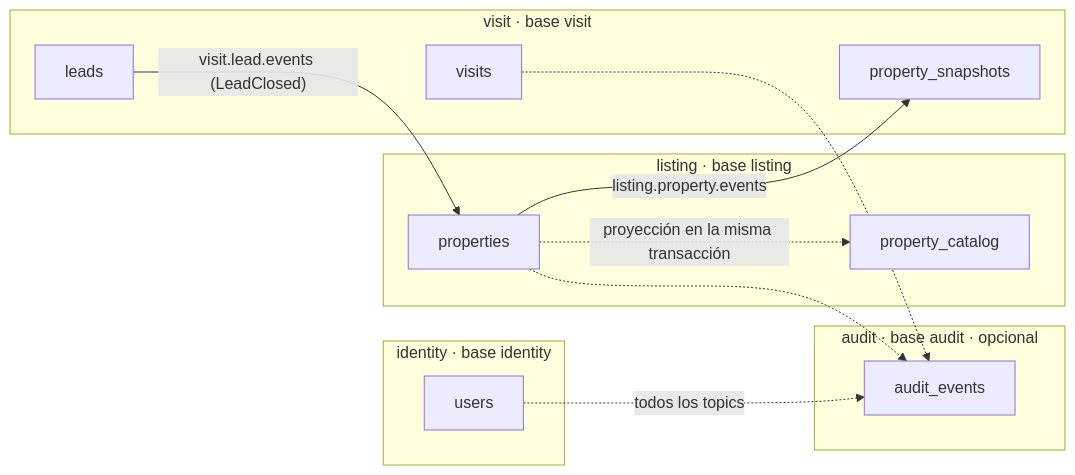
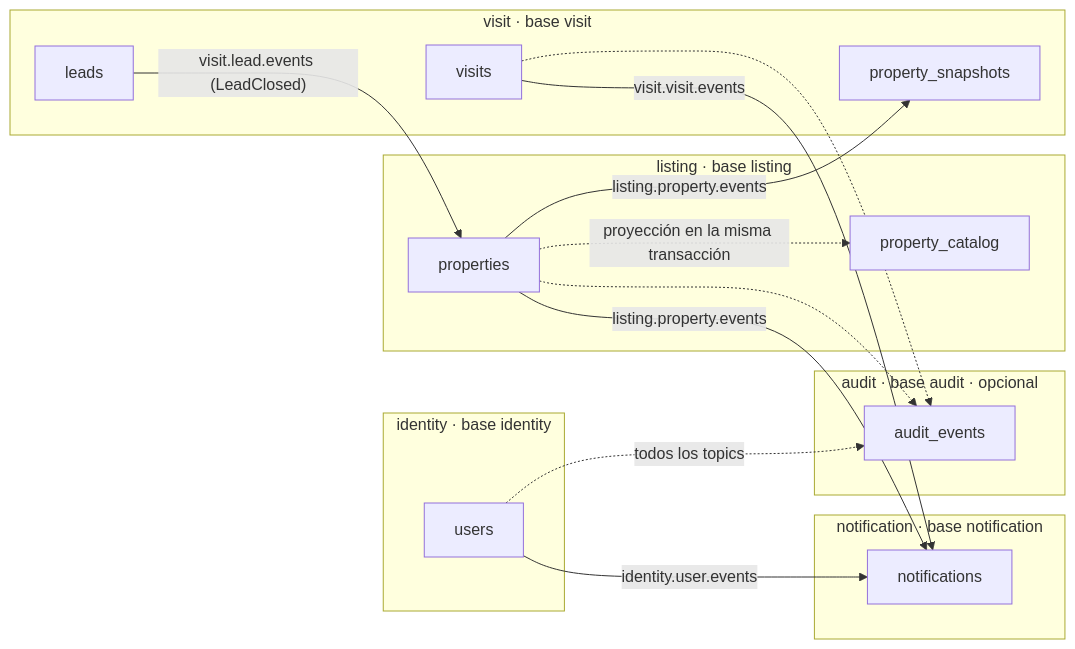
One commit to AndreaSoto7/nur.microservices.inmobiliaria changed the diagram in docs/base-de-datos/README.md. Above: the diagram before and after it, drawn with Mermaid. The commit also changed other lines of this file and 11 other files, not shown here.

````diff
--- a/docs/base-de-datos/README.md
+++ b/docs/base-de-datos/README.md
@@ -70,25 +72,31 @@
 ```mermaid
 flowchart LR
     subgraph identity[identity · base identity]
         users
     end
     subgraph listing[listing · base listing]
         properties
         property_catalog
     end
     subgraph visit[visit · base visit]
         property_snapshots
         visits
         leads
     end
+    subgraph notification[notification · base notification]
+        notifications
+    end
     subgraph audit[audit · base audit · opcional]
         audit_events
     end
 
     properties -- "listing.property.events" --> property_snapshots
     leads -- "visit.lead.events (LeadClosed)" --> properties
     properties -. "proyección en la misma transacción" .-> property_catalog
+    users -- "identity.user.events" --> notifications
+    properties -- "listing.property.events" --> notifications
+    visits -- "visit.visit.events" --> notifications
     users -. "todos los topics" .-> audit_events
     properties -.-> audit_events
     visits -.-> audit_events
 ```
````
